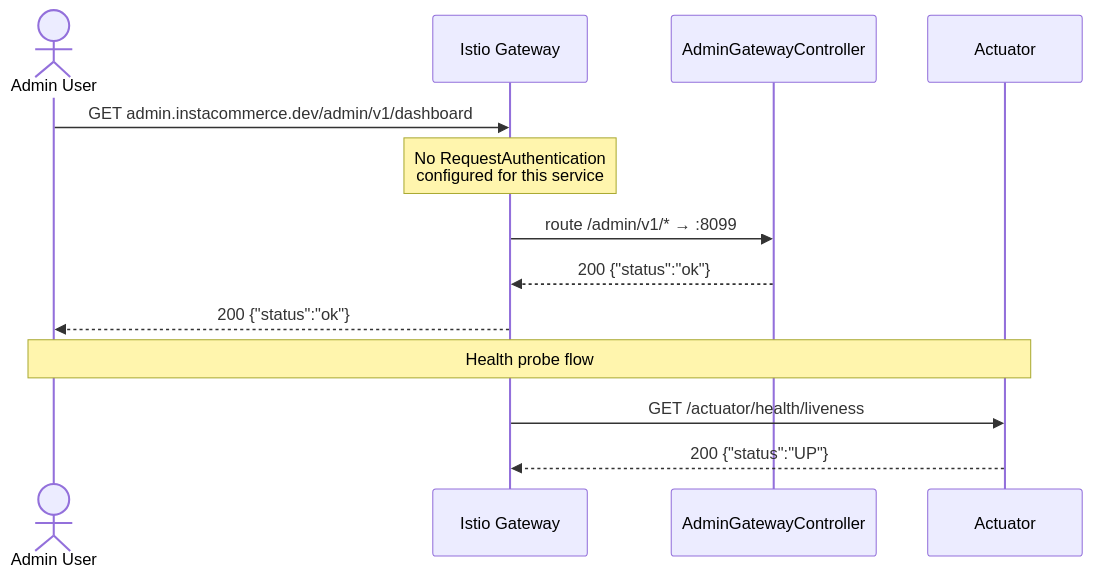
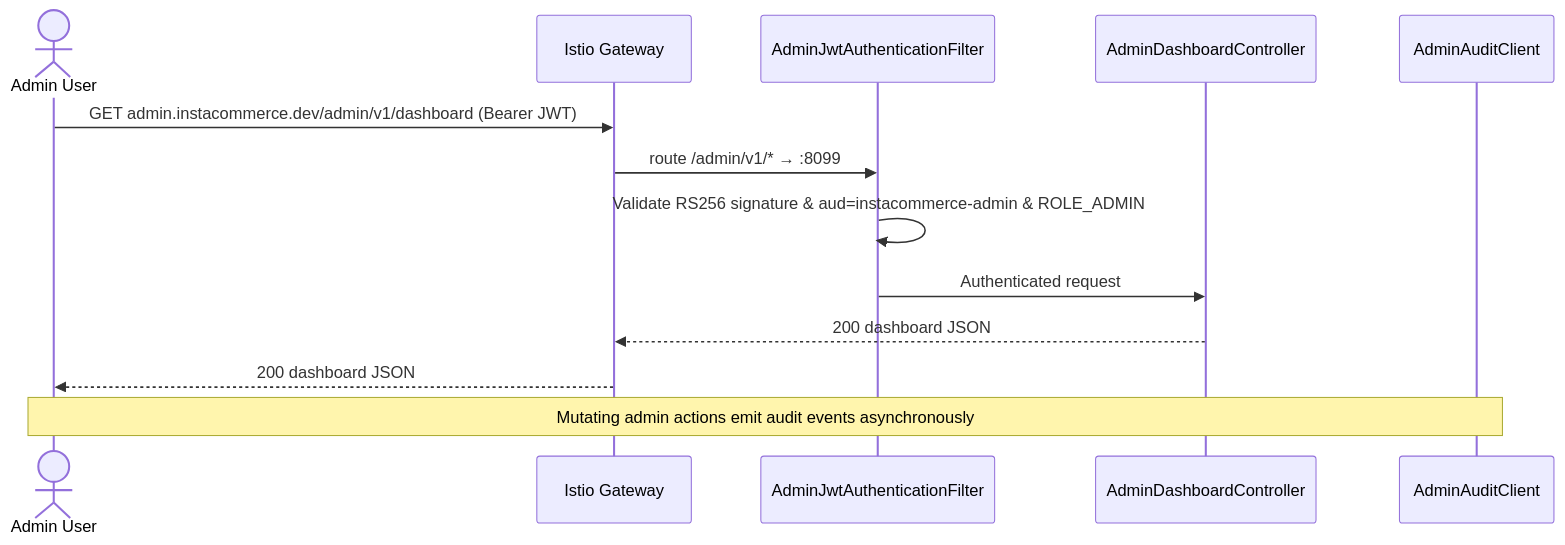
One commit to sunitakeazycommerz-a11y/InstaCommerce changed the fourth of 4 diagrams in services/admin-gateway-service/README.md. Above: the diagram before and after it, drawn with Mermaid. The commit also changed other lines of this file and 124 other files, not shown here.

Commit message:
docs: synchronize root, architecture, ADR, service, and archive docs with codebase truth

````diff
--- a/services/admin-gateway-service/README.md
+++ b/services/admin-gateway-service/README.md
@@ -183,17 +197,17 @@
 ```mermaid
 sequenceDiagram
     actor Admin as Admin User
     participant Istio as Istio Gateway
-    participant AGW as AdminGatewayController
-    participant Act as Actuator
+    participant JWT as AdminJwtAuthenticationFilter
+    participant AGW as AdminDashboardController
+    participant Audit as AdminAuditClient
 
-    Admin->>Istio: GET admin.instacommerce.dev/admin/v1/dashboard
-    Note over Istio: No RequestAuthentication<br/>configured for this service
-    Istio->>AGW: route /admin/v1/* → :8099
-    AGW-->>Istio: 200 {"status":"ok"}
-    Istio-->>Admin: 200 {"status":"ok"}
+    Admin->>Istio: GET admin.instacommerce.dev/admin/v1/dashboard (Bearer JWT)
+    Istio->>JWT: route /admin/v1/* → :8099
+    JWT->>JWT: Validate RS256 signature & aud=instacommerce-admin & ROLE_ADMIN
+    JWT->>AGW: Authenticated request
+    AGW-->>Istio: 200 dashboard JSON
+    Istio-->>Admin: 200 dashboard JSON
 
-    Note over Admin,Act: Health probe flow
-    Istio->>Act: GET /actuator/health/liveness
-    Act-->>Istio: 200 {"status":"UP"}
+    Note over Admin,Audit: Mutating admin actions emit audit events asynchronously
 ```
````
